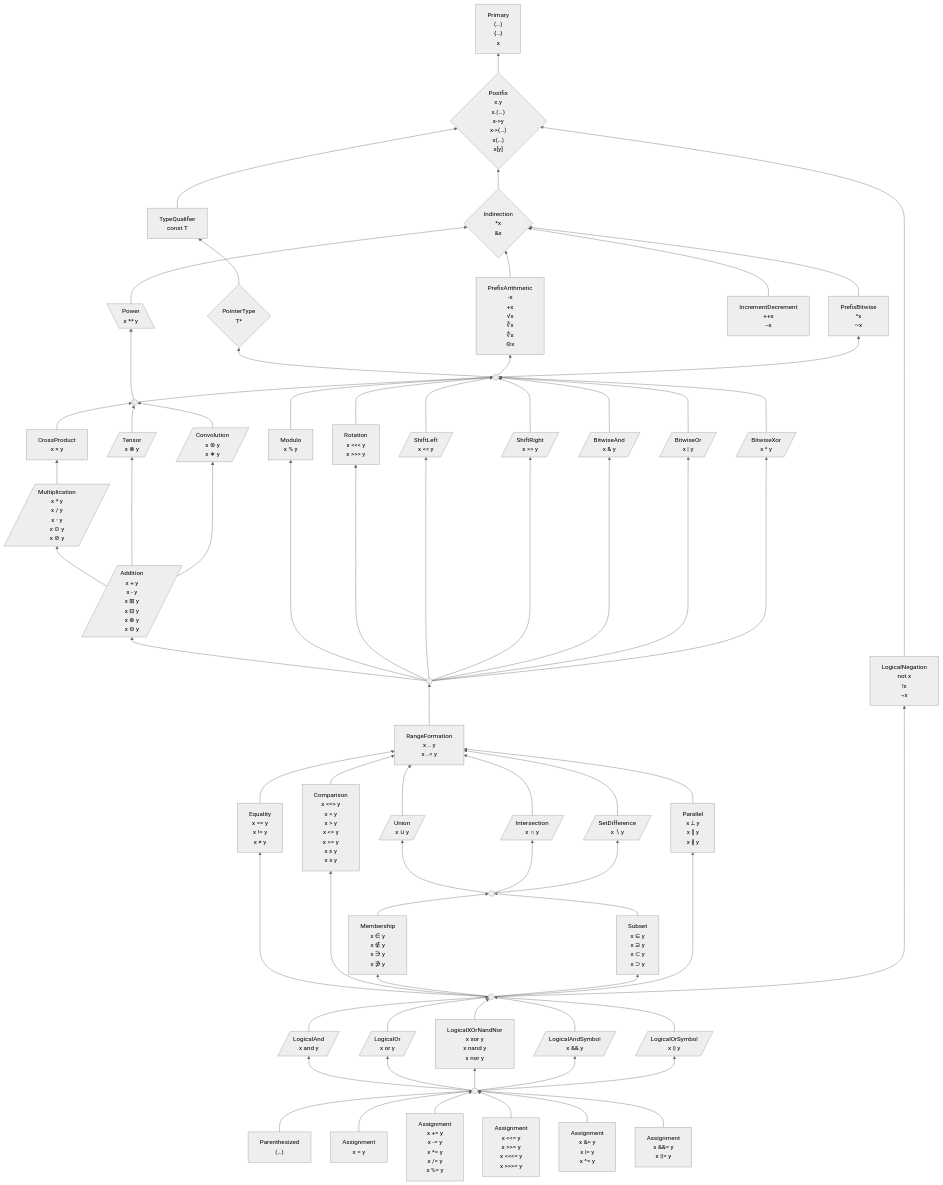
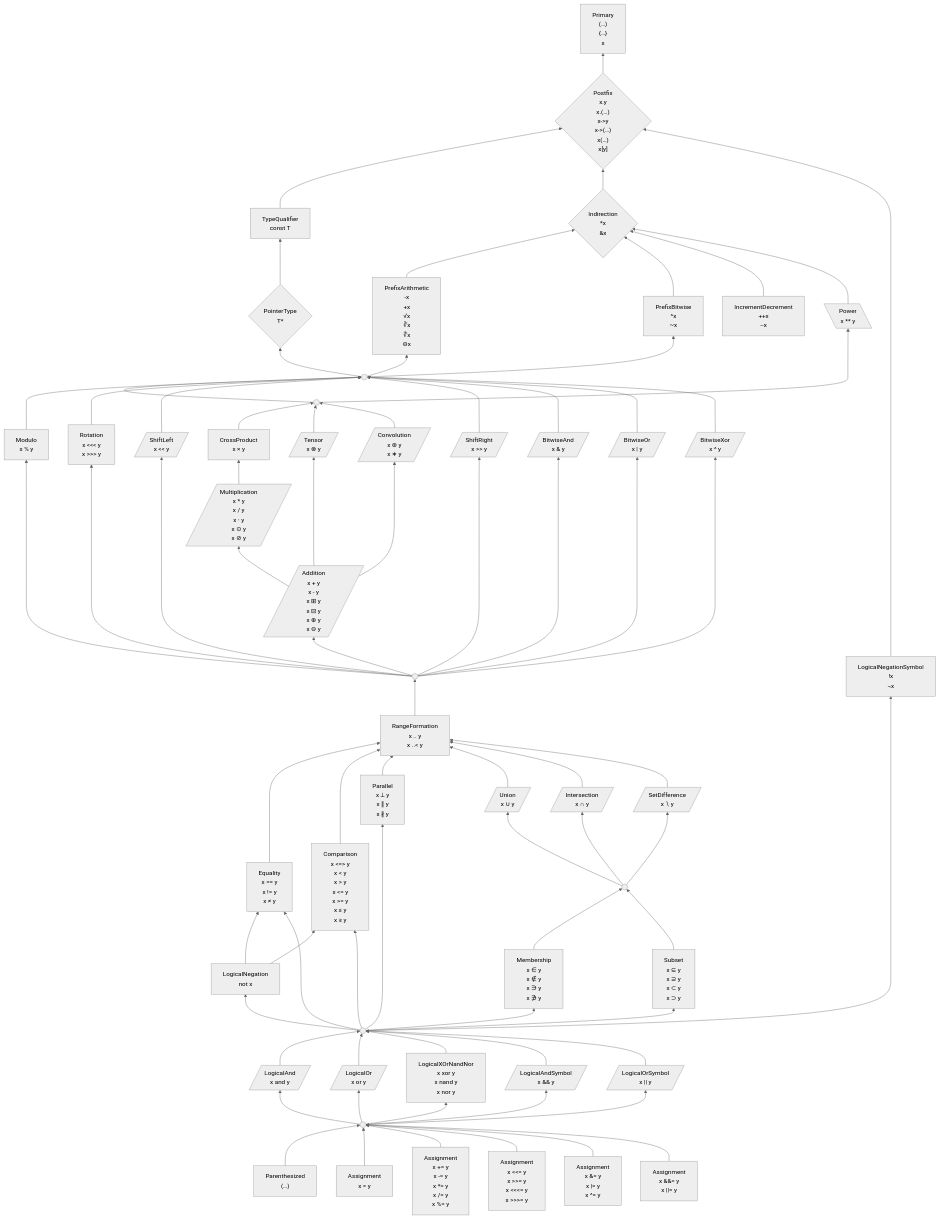
One commit to laro/Cilia changed the first of 2 diagrams in 6 .../2 Unfinished Ideas.md. Above: the diagram before and after it, drawn with Mermaid (neutral theme). The commit also changed other lines of this file, not shown here.

```diff
--- a/6 .../2 Unfinished Ideas.md
+++ b/6 .../2 Unfinished Ideas.md
@@ -343,15 +343,21 @@
 x ⊂ y
 x ⊃ y"]
 
-    %% Use a longer arrow here to put `not` next to other unary operators
-    not ---------> suffixOps
+    %% `not` binds looser than equality/comparison (as in Carbon): `not a == b` is `not (a == b)`
+    not --> equality & comparison
     not["LogicalNegation
-not x
+not x"]
+
+    %% `!` and `¬` are unordered relative to equality/comparison: in C/C++ `!a == b` is `(!a) == b`,
+    %% and in math `¬` binds tightly, too, so require parentheses
+    %% Use a longer arrow here to put `!`/`¬` next to other unary operators
+    bang ---------> suffixOps
+    bang["LogicalNegationSymbol
 !x
 ¬x"]
 
 
-    logicalOperand --> equality & comparison & membership & subset & parallel & not
+    logicalOperand --> equality & comparison & membership & subset & parallel & not & bang
     logicalOperand((" "))
 
 
```
